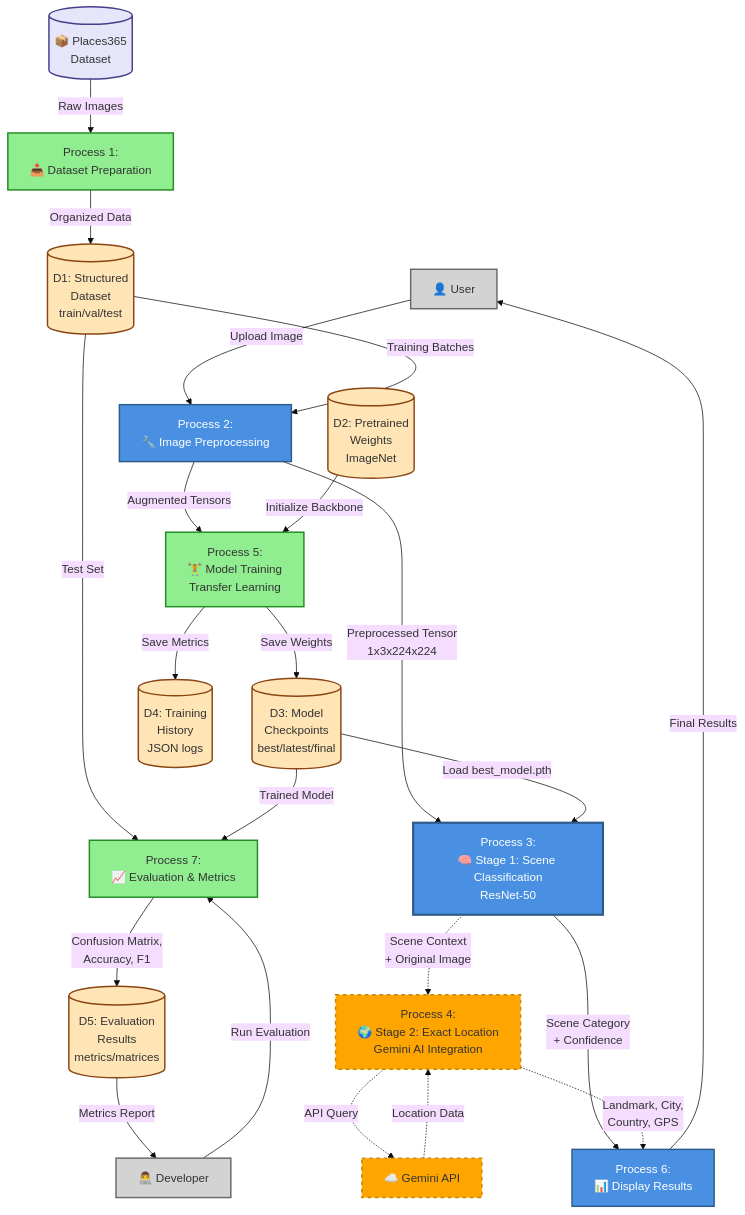
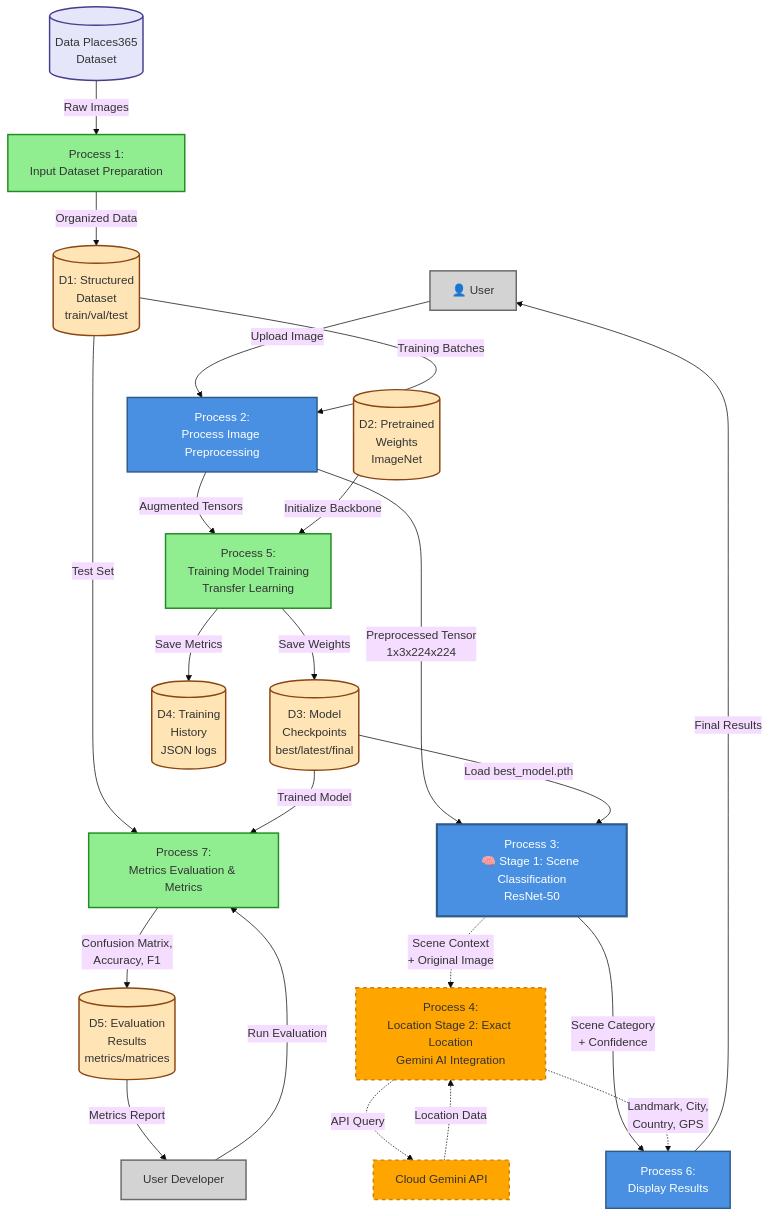
One commit to DeepSceneLoc/DeepSceneLoc-Visual-Scene-Understanding-for-Image-Based-Location-Estimation-Using-Deep-Learning changed the diagram in docs/diagrams/DFD_LEVEL_1_MAIN_PROCESSES.md. Above: the diagram before and after it, drawn with Mermaid (base theme). The commit also changed other lines of this file and 27 other files, not shown here.

````diff
--- a/docs/diagrams/DFD_LEVEL_1_MAIN_PROCESSES.md
+++ b/docs/diagrams/DFD_LEVEL_1_MAIN_PROCESSES.md
@@ -4,75 +4,75 @@
 ```mermaid
 graph TB
     %% External Entities
     User[👤 User]
-    Developer[👨‍💻 Developer]
-    Places365[(📦 Places365<br/>Dataset)]
-    GeminiAPI[☁️ Gemini API]
+    Developer[User Developer]
+    Places365[(Data Places365<br/>Dataset)]
+    GeminiAPI[Cloud Gemini API]
     
     %% Main Processes - Runtime (Blue)
-    P1[Process 1:<br/>📥 Dataset Preparation]
-    P2[Process 2:<br/>🔧 Image Preprocessing]
+    P1[Process 1:<br/>Input Dataset Preparation]
+    P2[Process 2:<br/>Process Image Preprocessing]
     P3[Process 3:<br/>🧠 Stage 1: Scene Classification<br/>ResNet-50]
-    P4[Process 4:<br/>🌍 Stage 2: Exact Location<br/>Gemini AI Integration]
-    P6[Process 6:<br/>📊 Display Results]
+    P4[Process 4:<br/>Location Stage 2: Exact Location<br/>Gemini AI Integration]
+    P6[Process 6:<br/> Display Results]
     
     %% Development Processes (Green)
-    P5[Process 5:<br/>🏋️ Model Training<br/>Transfer Learning]
-    P7[Process 7:<br/>📈 Evaluation & Metrics]
+    P5[Process 5:<br/>Training Model Training<br/>Transfer Learning]
+    P7[Process 7:<br/>Metrics Evaluation & Metrics]
     
     %% Data Stores
     DS1[(D1: Structured<br/>Dataset<br/>train/val/test)]
     DS2[(D2: Pretrained<br/>Weights<br/>ImageNet)]
     DS3[(D3: Model<br/>Checkpoints<br/>best/latest/final)]
     DS4[(D4: Training<br/>History<br/>JSON logs)]
     DS5[(D5: Evaluation<br/>Results<br/>metrics/matrices)]
     
     %% Runtime Flow (Blue paths)
     User -->|Upload Image| P2
     P2 -->|Preprocessed Tensor<br/>1x3x224x224| P3
     P3 -->|Scene Category<br/>+ Confidence| P6
     P3 -.->|Scene Context<br/>+ Original Image| P4
     P4 -.->|Landmark, City,<br/>Country, GPS| P6
     P6 -->|Final Results| User
     
     P4 -.->|API Query| GeminiAPI
     GeminiAPI -.->|Location Data| P4
     
     %% Training Flow (Green paths)
     Places365 -->|Raw Images| P1
     P1 -->|Organized Data| DS1
     DS1 -->|Training Batches| P2
     P2 -->|Augmented Tensors| P5
     DS2 -->|Initialize Backbone| P5
     P5 -->|Save Weights| DS3
     P5 -->|Save Metrics| DS4
     
     DS3 -->|Load best_model.pth| P3
     
     %% Evaluation Flow (Orange paths)
     Developer -->|Run Evaluation| P7
     DS1 -->|Test Set| P7
     DS3 -->|Trained Model| P7
     P7 -->|Confusion Matrix,<br/>Accuracy, F1| DS5
     DS5 -->|Metrics Report| Developer
     
     %% Styling
     style P1 fill:#90EE90,stroke:#228B22,stroke-width:2px
     style P2 fill:#4A90E2,stroke:#2E5C8A,stroke-width:2px,color:#fff
     style P3 fill:#4A90E2,stroke:#2E5C8A,stroke-width:3px,color:#fff
     style P4 fill:#FFA500,stroke:#CC8400,stroke-width:2px,stroke-dasharray: 5 5
     style P5 fill:#90EE90,stroke:#228B22,stroke-width:2px
     style P6 fill:#4A90E2,stroke:#2E5C8A,stroke-width:2px,color:#fff
     style P7 fill:#90EE90,stroke:#228B22,stroke-width:2px
     
     style DS1 fill:#FFE4B5,stroke:#8B4513,stroke-width:2px
     style DS2 fill:#FFE4B5,stroke:#8B4513,stroke-width:2px
     style DS3 fill:#FFE4B5,stroke:#8B4513,stroke-width:2px
     style DS4 fill:#FFE4B5,stroke:#8B4513,stroke-width:2px
     style DS5 fill:#FFE4B5,stroke:#8B4513,stroke-width:2px
     
     style GeminiAPI fill:#FFA500,stroke:#CC8400,stroke-width:2px,stroke-dasharray: 5 5
     style User fill:#D3D3D3,stroke:#696969,stroke-width:2px
     style Developer fill:#D3D3D3,stroke:#696969,stroke-width:2px
     style Places365 fill:#E6E6FA,stroke:#483D8B,stroke-width:2px
 ```
````
